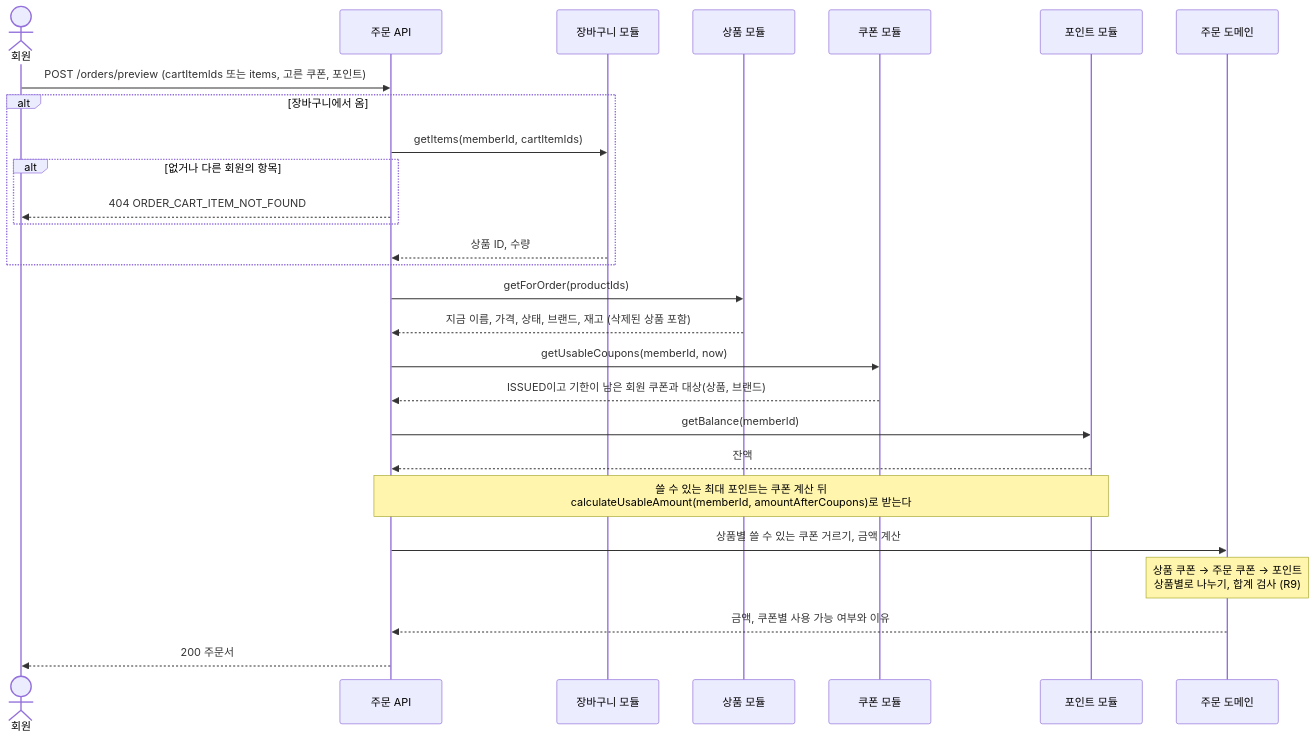
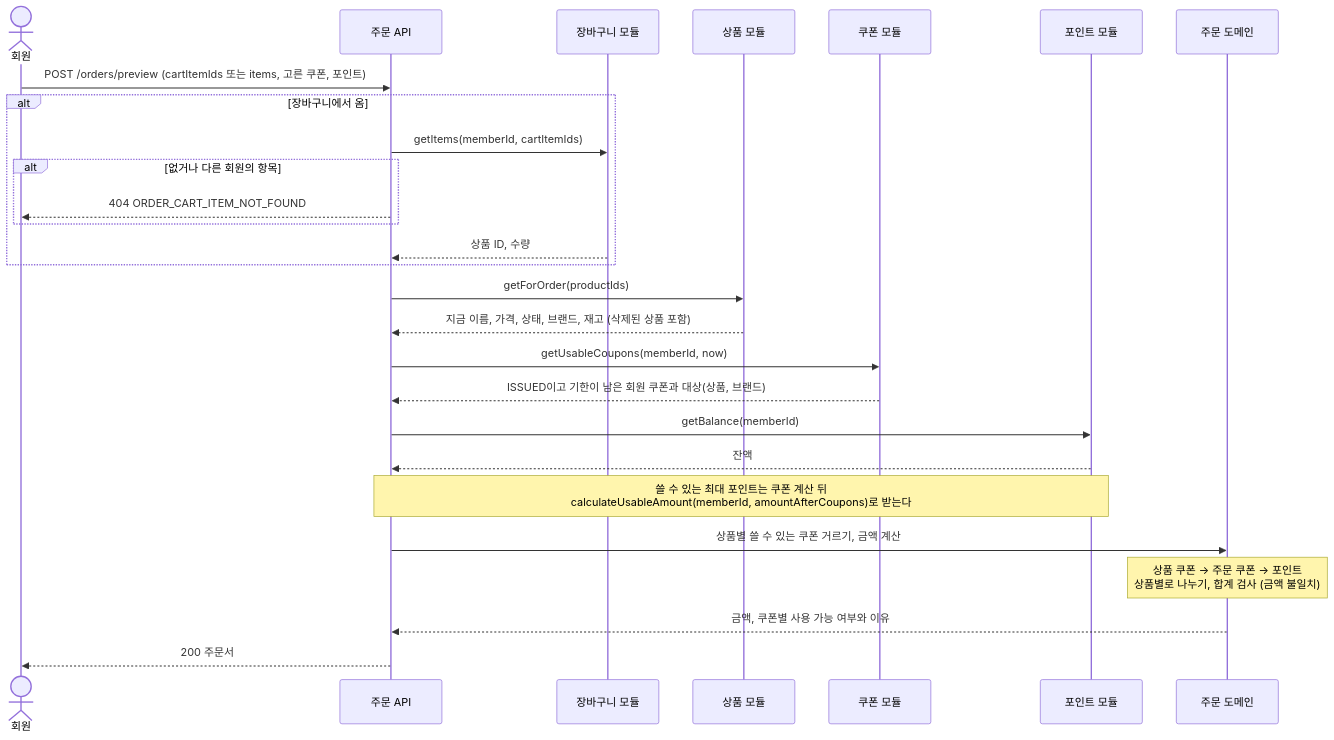
One commit to KAPUIST/flash-gate changed the first of 9 diagrams in docs/features/order/flows.md. Above: the diagram before and after it, drawn with Mermaid. The commit also changed other lines of this file and 33 other files, not shown here.

````diff
--- a/docs/features/order/flows.md
+++ b/docs/features/order/flows.md
@@ -11,30 +11,30 @@
 ```mermaid
 sequenceDiagram
     actor U as 회원
     participant O as 주문 API
     participant C as 장바구니 모듈
     participant P as 상품 모듈
     participant CP as 쿠폰 모듈
     participant PT as 포인트 모듈
     participant D as 주문 도메인
 
     U->>O: POST /orders/preview (cartItemIds 또는 items, 고른 쿠폰, 포인트)
     alt 장바구니에서 옴
         O->>C: getItems(memberId, cartItemIds)
         alt 없거나 다른 회원의 항목
             O-->>U: 404 ORDER_CART_ITEM_NOT_FOUND
         end
         C-->>O: 상품 ID, 수량
     end
     O->>P: getForOrder(productIds)
     P-->>O: 지금 이름, 가격, 상태, 브랜드, 재고 (삭제된 상품 포함)
     O->>CP: getUsableCoupons(memberId, now)
     CP-->>O: ISSUED이고 기한이 남은 회원 쿠폰과 대상(상품, 브랜드)
     O->>PT: getBalance(memberId)
     PT-->>O: 잔액
     Note over O,PT: 쓸 수 있는 최대 포인트는 쿠폰 계산 뒤<br/>calculateUsableAmount(memberId, amountAfterCoupons)로 받는다
     O->>D: 상품별 쓸 수 있는 쿠폰 거르기, 금액 계산
-    Note over D: 상품 쿠폰 → 주문 쿠폰 → 포인트<br/>상품별로 나누기, 합계 검사 (R9)
+    Note over D: 상품 쿠폰 → 주문 쿠폰 → 포인트<br/>상품별로 나누기, 합계 검사 (금액 불일치)
     D-->>O: 금액, 쿠폰별 사용 가능 여부와 이유
     O-->>U: 200 주문서
 ```
````
